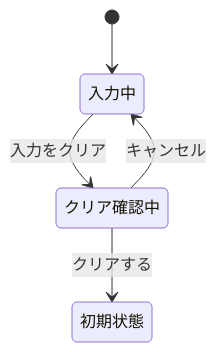
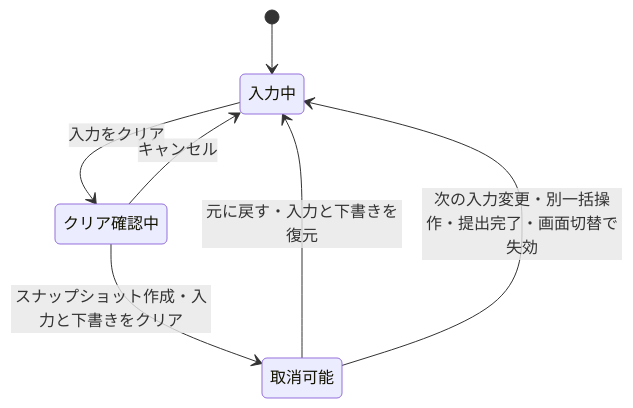
One commit to OgawaTatsukicreator/shift-submission changed the second of 9 diagrams in .docx/Design.md. Above: the diagram before and after it, drawn with Mermaid. The commit also changed other lines of this file and 1 other file, not shown here.

````diff
--- a/.docx/Design.md
+++ b/.docx/Design.md
@@ -296,7 +586,9 @@
 ```mermaid
 stateDiagram-v2
   [*] --> 入力中
   入力中 --> クリア確認中: 入力をクリア
   クリア確認中 --> 入力中: キャンセル
-  クリア確認中 --> 初期状態: クリアする
+  クリア確認中 --> 取消可能: スナップショット作成・入力と下書きをクリア
+  取消可能 --> 入力中: 元に戻す・入力と下書きを復元
+  取消可能 --> 入力中: 次の入力変更・別一括操作・提出完了・画面切替で失効
 ```
````
